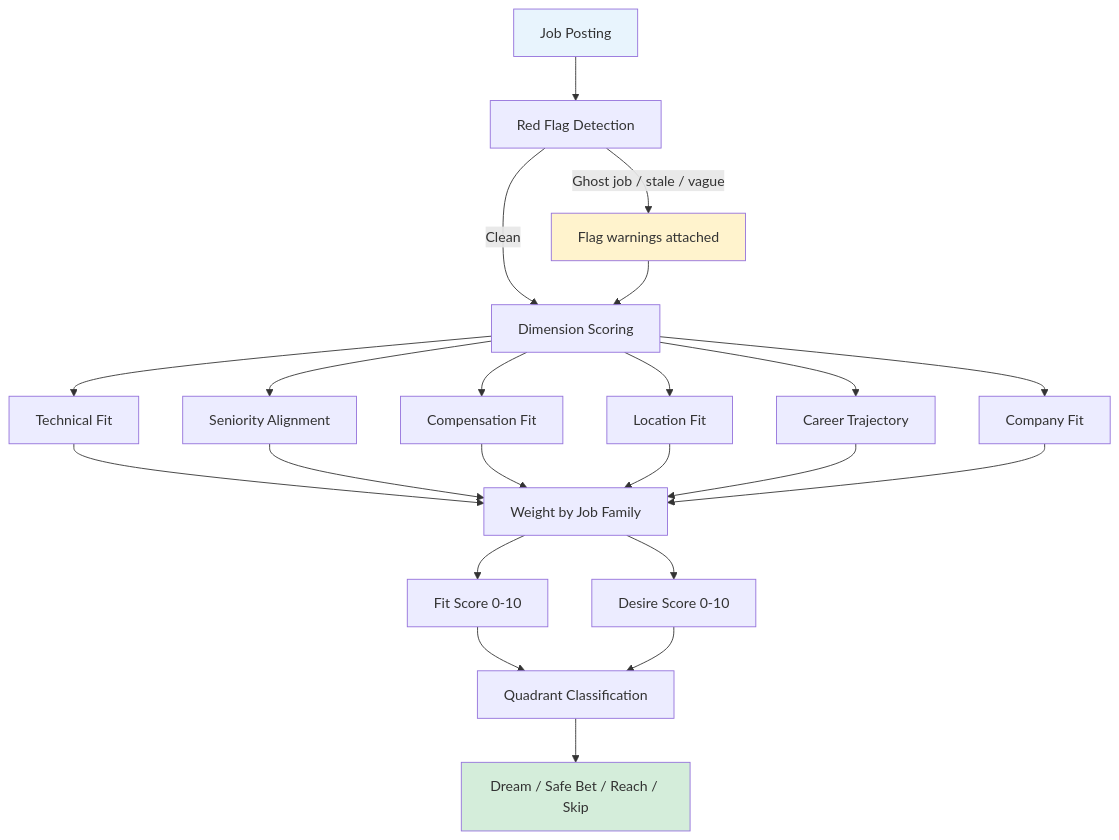
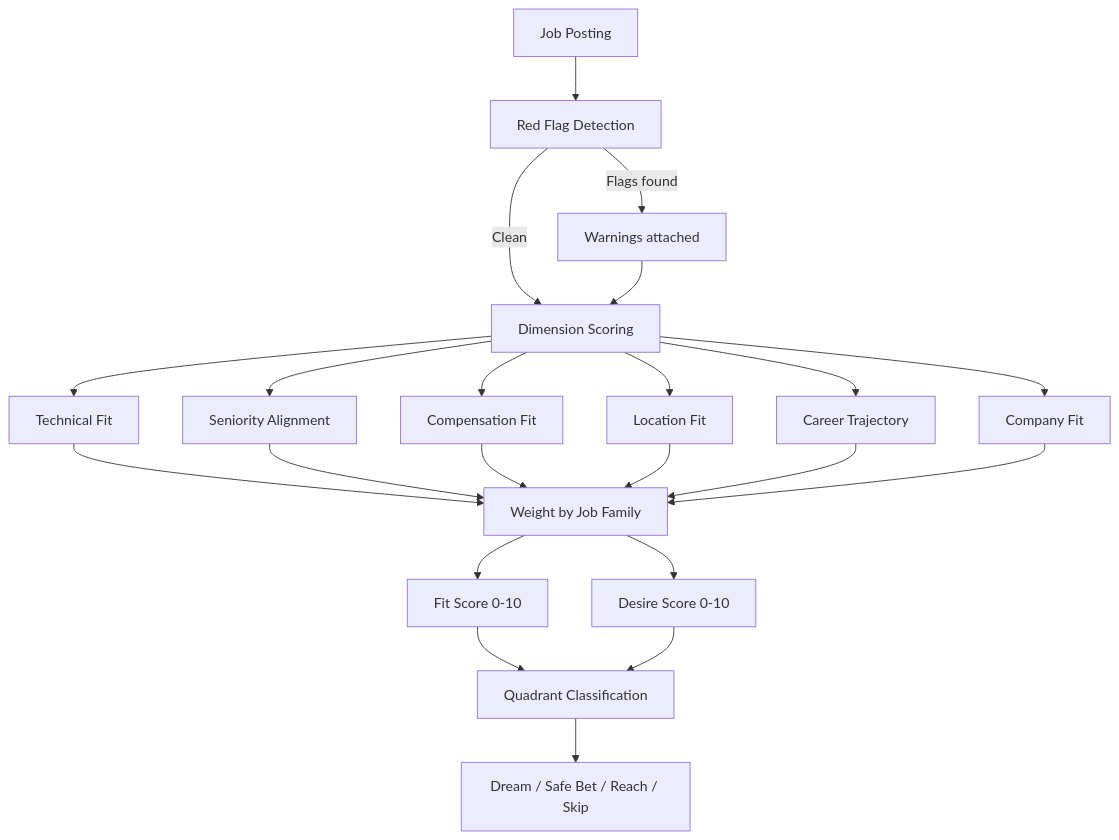
Before and after one commit to pleasedodisturb/kestrel: the diagram in docs/guides/how-scoring-works.md, drawn with Mermaid. The commit also changed other lines of this file and 6 other files, not shown here.

First line of the commit message:
fix(G-464): simplify Mermaid diagrams for GitHub rendering (#267)

````diff
--- a/docs/guides/how-scoring-works.md
+++ b/docs/guides/how-scoring-works.md
@@ -60,22 +54,24 @@
 ```mermaid
 flowchart TD
     A[Job Posting] --> B[Red Flag Detection]
-    B -->|Ghost job / stale / vague| C[Flag warnings attached]
+    B -->|Flags found| C[Warnings attached]
     B -->|Clean| D[Dimension Scoring]
     C --> D
     D --> E[Technical Fit]
     D --> F[Seniority Alignment]
     D --> G[Compensation Fit]
     D --> H[Location Fit]
     D --> I[Career Trajectory]
     D --> J[Company Fit]
-    E & F & G & H & I & J --> K[Weight by Job Family]
+    E --> K[Weight by Job Family]
+    F --> K
+    G --> K
+    H --> K
+    I --> K
+    J --> K
     K --> L[Fit Score 0-10]
     K --> M[Desire Score 0-10]
-    L & M --> N[Quadrant Classification]
+    L --> N[Quadrant Classification]
+    M --> N
     N --> O[Dream / Safe Bet / Reach / Skip]
-
-    style A fill:#e8f4fd
-    style O fill:#d4edda
-    style C fill:#fff3cd
 ```
````
